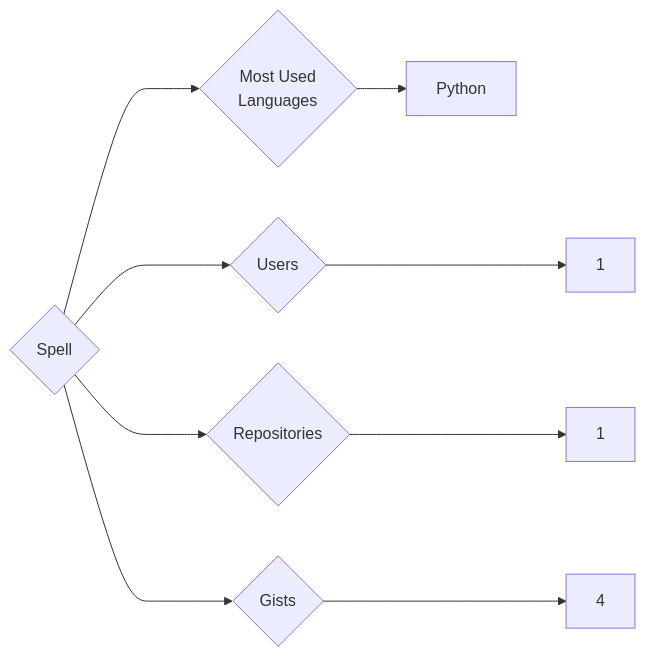
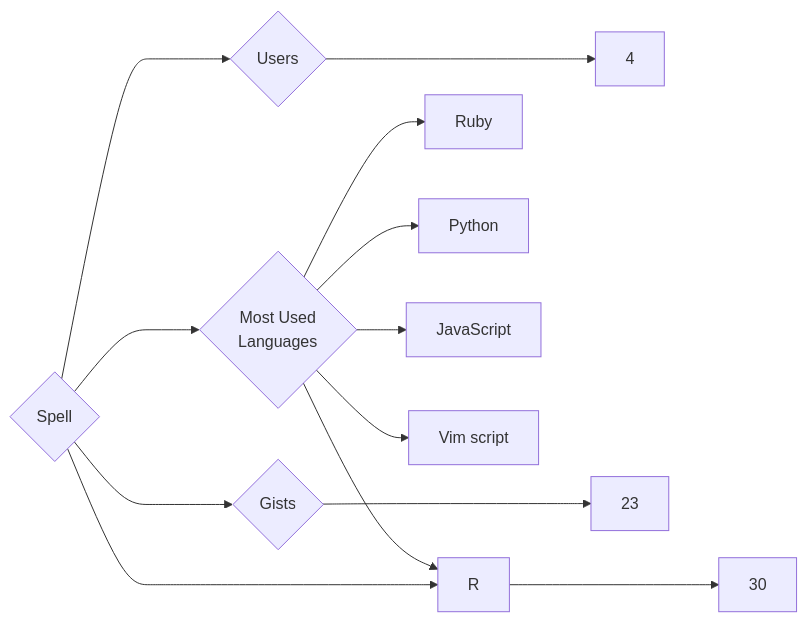
Before and after one commit to trickest/insiders: the diagram in targets/Spell/README.md, drawn with Mermaid. The commit also changed 1011 other files, not shown here.

````diff
--- a/targets/Spell/README.md
+++ b/targets/Spell/README.md
@@ -3,9 +3,13 @@
 ```mermaid
 graph LR
 COMPANY_NAME{Spell}
-COMPANY_NAME ---> U{Users} ---> UN[1]
-COMPANY_NAME ---> R{Repositories} ---> RN[1]
-COMPANY_NAME ---> G{Gists} ---> GN[4]
+COMPANY_NAME ---> U{Users} ---> UN[4]
+COMPANY_NAME ---> R{Repositories} ---> RN[30]
+COMPANY_NAME ---> G{Gists} ---> GN[23]
 COMPANY_NAME ---> ML{Most Used<br>Languages}
+ML --> Ruby[Ruby]
 ML --> Python[Python]
+ML --> R[R]
+ML --> JavaScript[JavaScript]
+ML --> Vim_script[Vim script]
 ```
````
